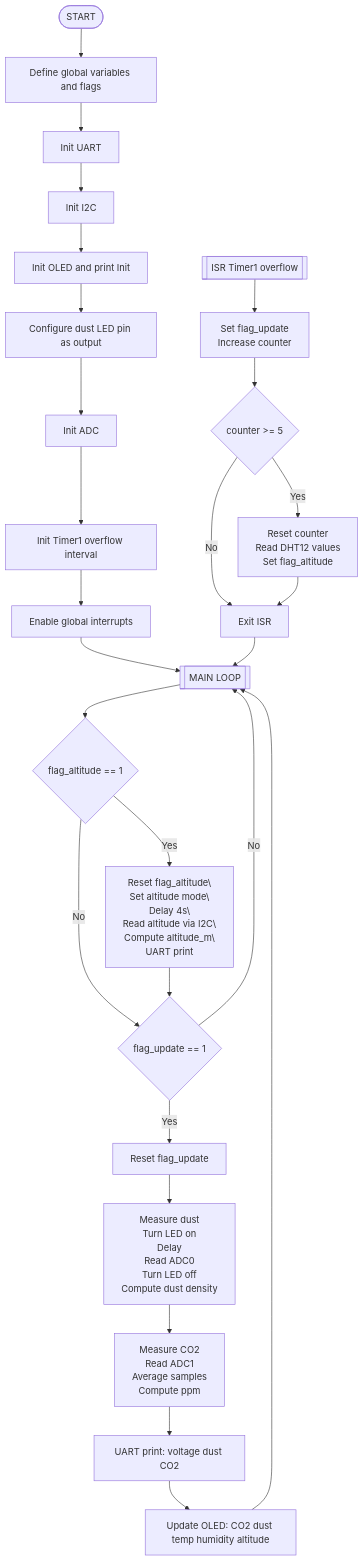
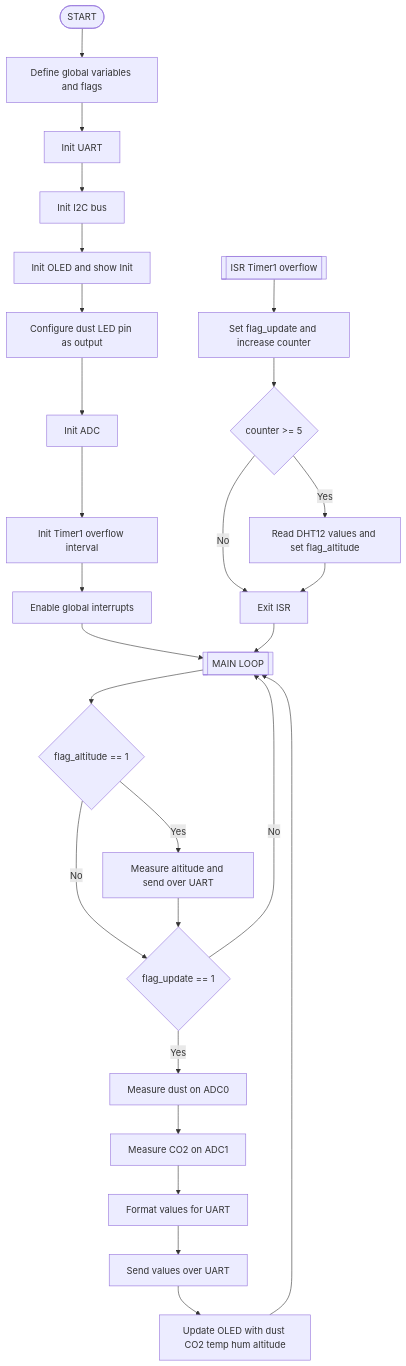
The diagram in README.md (empirical7/de2_project), drawn with Mermaid before and after one commit.

````diff
--- a/README.md
+++ b/README.md
@@ -47,37 +47,38 @@
 ```mermaid
 flowchart TD
 
     A([START]) --> B[Define global variables and flags]
     B --> C[Init UART]
-    C --> D[Init I2C]
-    D --> E[Init OLED and print Init]
+    C --> D[Init I2C bus]
+    D --> E[Init OLED and show Init]
     E --> F[Configure dust LED pin as output]
     F --> G[Init ADC]
     G --> H[Init Timer1 overflow interval]
     H --> I[Enable global interrupts]
     I --> J[[MAIN LOOP]]
 
     %% Main loop
     J --> K{flag_altitude == 1}
-    K -- Yes --> L[Reset flag_altitude\\nSet altitude mode\\nDelay 4s\\nRead altitude via I2C\\nCompute altitude_m\\nUART print]
+    K -- Yes --> L[Measure altitude and send over UART]
     K -- No --> M{flag_update == 1}
 
     L --> M
 
-    M -- Yes --> N[Reset flag_update]
-    N --> O[Measure dust\nTurn LED on\nDelay\nRead ADC0\nTurn LED off\nCompute dust density]
-    O --> P[Measure CO2\nRead ADC1\nAverage samples\nCompute ppm]
-    P --> Q[UART print: voltage dust CO2]
-    Q --> R[Update OLED: CO2 dust temp humidity altitude]
+    M -- Yes --> N[Measure dust on ADC0]
+    N --> O[Measure CO2 on ADC1]
+    O --> P[Format values for UART]
+    P --> Q[Send values over UART]
+    Q --> R[Update OLED with dust CO2 temp hum altitude]
     R --> J
 
     M -- No --> J
 
     %% Timer1 ISR
-    S[[ISR Timer1 overflow]] --> T[Set flag_update\nIncrease counter]
+    S[[ISR Timer1 overflow]] --> T[Set flag_update and increase counter]
     T --> U{counter >= 5}
-    U -- No --> V[Exit ISR] --> J
-    U -- Yes --> W[Reset counter\nRead DHT12 values\nSet flag_altitude]
+    U -- No --> V[Exit ISR]
+    U -- Yes --> W[Read DHT12 values and set flag_altitude]
     W --> V
+    V --> J
 
 ```
````
